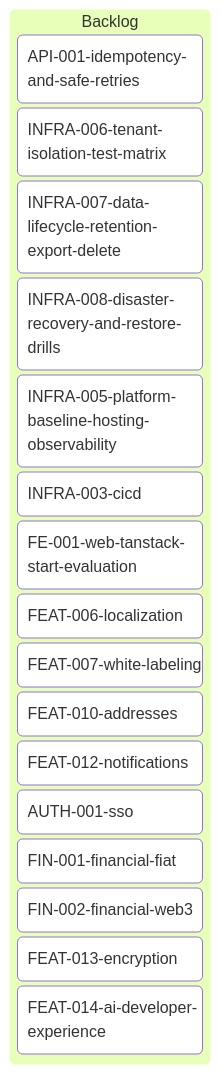
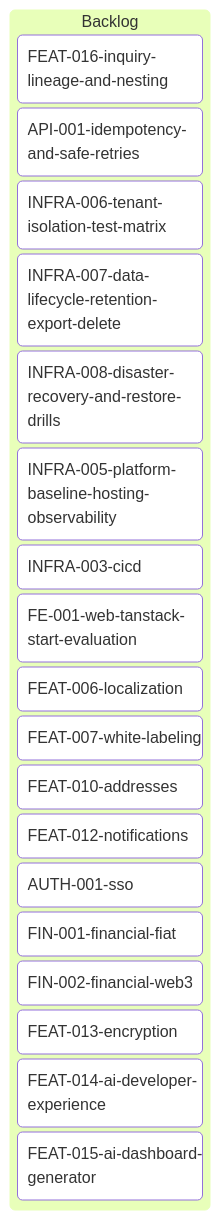
One commit to inixiative/template changed the diagram in tickets/kanban-backlog.md. Above: the diagram before and after it, drawn with Mermaid. The commit also changed other lines of this file and 247 other files, not shown here.

````diff
--- a/tickets/kanban-backlog.md
+++ b/tickets/kanban-backlog.md
@@ -3,25 +3,27 @@
 ```mermaid
 ---
 config:
   kanban:
     ticketBaseUrl: 'https://github.com/yourorg/template/blob/main/tickets/#TICKET#'
 ---
 kanban
   Backlog
+    FEAT-016-inquiry-lineage-and-nesting
     API-001-idempotency-and-safe-retries
     INFRA-006-tenant-isolation-test-matrix
     INFRA-007-data-lifecycle-retention-export-delete
     INFRA-008-disaster-recovery-and-restore-drills
     INFRA-005-platform-baseline-hosting-observability
     INFRA-003-cicd
     FE-001-web-tanstack-start-evaluation
     FEAT-006-localization
     FEAT-007-white-labeling
     FEAT-010-addresses
     FEAT-012-notifications
     AUTH-001-sso
     FIN-001-financial-fiat
     FIN-002-financial-web3
     FEAT-013-encryption
     FEAT-014-ai-developer-experience
+    FEAT-015-ai-dashboard-generator
 ```
````
